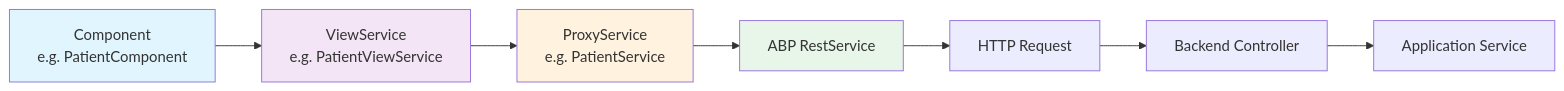
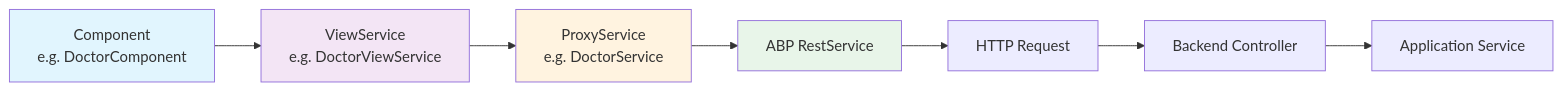
Before and after one commit to gesco-healthcare-support/hcs-patient-portal: the second of 2 diagrams in docs/frontend/COMPONENT-PATTERNS.md, drawn with Mermaid. The commit also changed other lines of this file and 5 other files, not shown here.

````diff
--- a/docs/frontend/COMPONENT-PATTERNS.md
+++ b/docs/frontend/COMPONENT-PATTERNS.md
@@ -95,14 +95,14 @@
 ```mermaid
 flowchart LR
-    A[Component<br/>e.g. PatientComponent] --> B[ViewService<br/>e.g. PatientViewService]
-    B --> C[ProxyService<br/>e.g. PatientService]
+    A[Component<br/>e.g. DoctorComponent] --> B[ViewService<br/>e.g. DoctorViewService]
+    B --> C[ProxyService<br/>e.g. DoctorService]
     C --> D[ABP RestService]
     D --> E[HTTP Request]
     E --> F[Backend Controller]
     F --> G[Application Service]
 
     style A fill:#e1f5fe
     style B fill:#f3e5f5
     style C fill:#fff3e0
     style D fill:#e8f5e9
 ```
````
